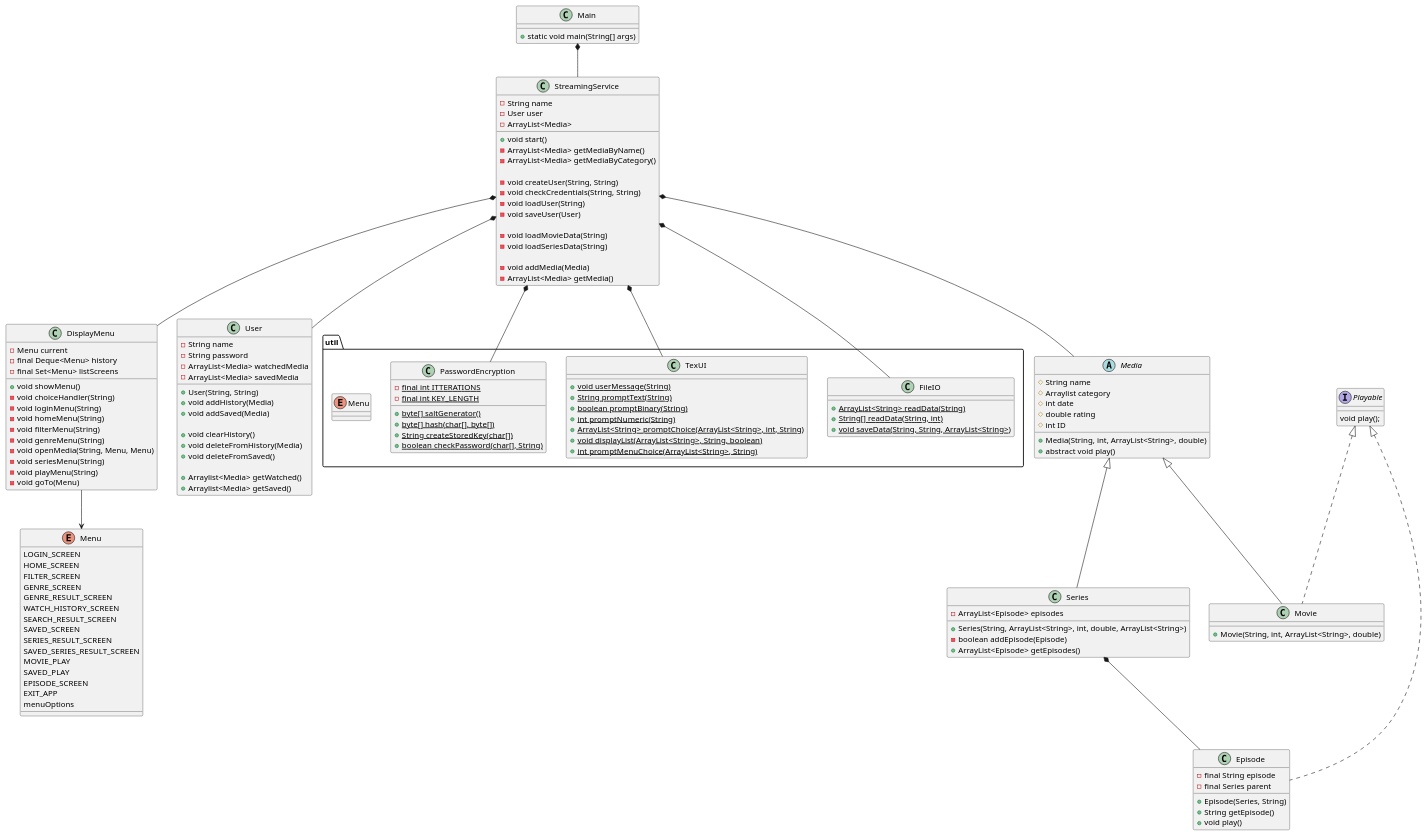
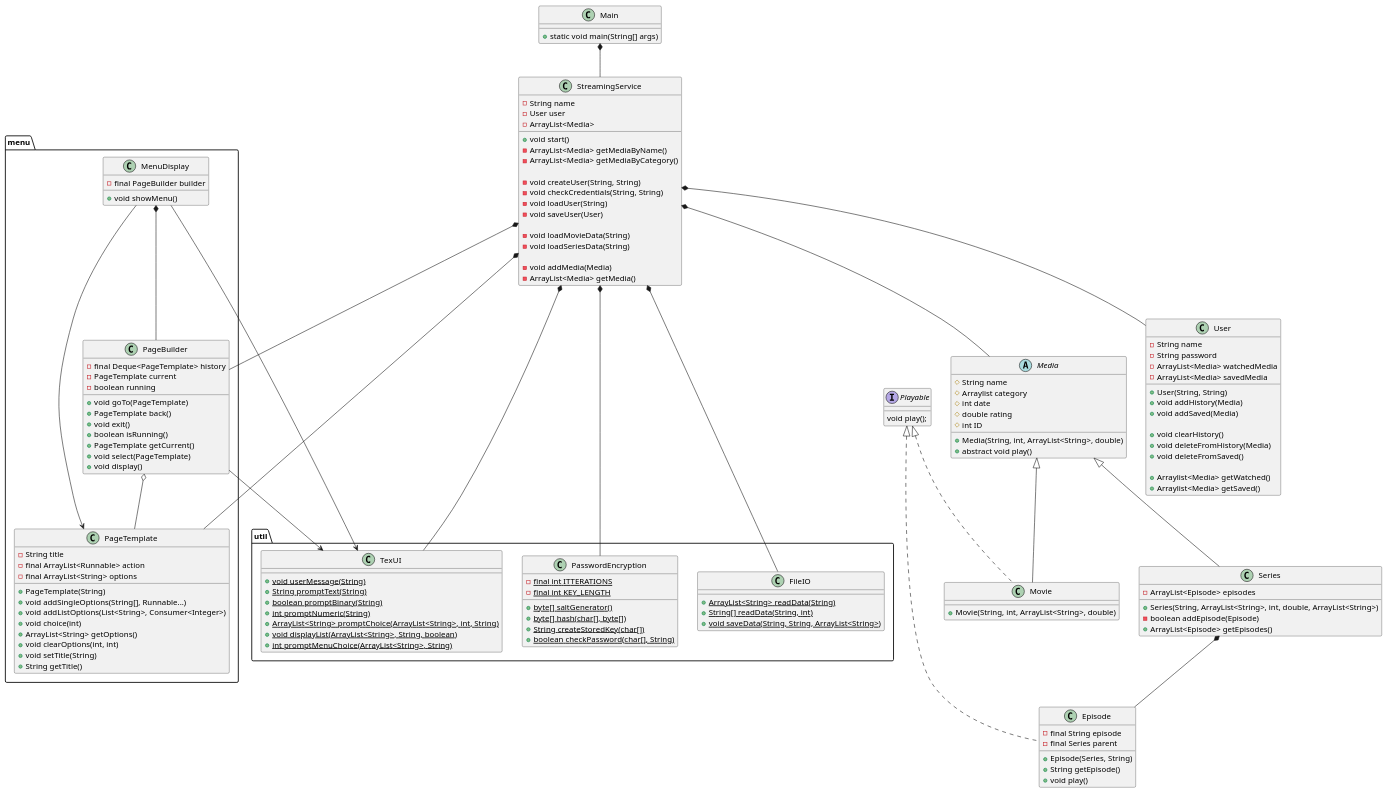
One commit to Studiegruppe-B/SP3-Streamingtjeneste changed the diagram in doc/static/classDiagram.puml. Above: the diagram before and after it, drawn with PlantUML. The commit also changed 1 other file, not shown here.

Commit message:
Klassediagram opdateringen, hele "menu" mappen er tilføjet

```diff
--- a/doc/static/classDiagram.puml
+++ b/doc/static/classDiagram.puml
@@ -1,157 +1,165 @@
 @startuml
 class Main{
 + static void main(String[] args)
 
 }
 
 class StreamingService{
 - String name
 - User user
 - ArrayList<Media>
 + void start()
 - ArrayList<Media> getMediaByName()
 - ArrayList<Media> getMediaByCategory()
 
 - void createUser(String, String)
 - void checkCredentials(String, String)
 - void loadUser(String)
 - void saveUser(User)
 
 - void loadMovieData(String)
 - void loadSeriesData(String)
 
 - void addMedia(Media)
 - ArrayList<Media> getMedia()
 }
 
 
 
 
 abstract class Media{
 # String name
 # Arraylist category
 # int date
 # double rating
 # int ID
 + Media(String, int, ArrayList<String>, double)
 + abstract void play()
 
 }
 interface Playable {
 void play();
 }
-enum Menu{
-LOGIN_SCREEN
-HOME_SCREEN
-FILTER_SCREEN
-GENRE_SCREEN
-GENRE_RESULT_SCREEN
-WATCH_HISTORY_SCREEN
-SEARCH_RESULT_SCREEN
-SAVED_SCREEN
-SERIES_RESULT_SCREEN
-SAVED_SERIES_RESULT_SCREEN
-MOVIE_PLAY
-SAVED_PLAY
-EPISODE_SCREEN
-EXIT_APP
-menuOptions
-}
+
 
 class Episode implements Playable {
 - final String episode
 - final Series parent
 + Episode(Series, String)
 + String getEpisode()
 + void play()
 }
 
 class Movie implements Playable{
 + Movie(String, int, ArrayList<String>, double)
 }
 
 class Series {
 - ArrayList<Episode> episodes
 + Series(String, ArrayList<String>, int, double, ArrayList<String>)
 - boolean addEpisode(Episode)
 + ArrayList<Episode> getEpisodes()
 }
 
-class DisplayMenu{
-- Menu current
-- final Deque<Menu> history
-- final Set<Menu> listScreens
+package "menu"{
+class PageBuilder{
+- final Deque<PageTemplate> history
+- PageTemplate current
+- boolean running
++ void goTo(PageTemplate)
++ PageTemplate back()
++ void exit()
++ boolean isRunning()
++ PageTemplate getCurrent()
++ void select(PageTemplate)
++ void display()
+}
+
+class PageTemplate{
+- String title
+- final ArrayList<Runnable> action
+- final ArrayList<String> options
++ PageTemplate(String)
++ void addSingleOptions(String[], Runnable...)
++ void addListOptions(List<String>, Consumer<Integer>)
++ void choice(int)
++ ArrayList<String> getOptions()
++ void clearOptions(int, int)
++ void setTitle(String)
++ String getTitle()
+}
+
+class MenuDisplay{
+- final PageBuilder builder
 + void showMenu()
-- void choiceHandler(String)
-- void loginMenu(String)
-- void homeMenu(String)
-- void filterMenu(String)
-- void genreMenu(String)
-- void openMedia(String, Menu, Menu)
-- void seriesMenu(String)
-- void playMenu(String)
-- void goTo(Menu)
+}
 }
 
 
 class User{
 - String name
 - String password
 - ArrayList<Media> watchedMedia
 - ArrayList<Media> savedMedia
 + User(String, String)
 + void addHistory(Media)
 + void addSaved(Media)
 
 + void clearHistory()
 + void deleteFromHistory(Media)
 + void deleteFromSaved()
 
 + Arraylist<Media> getWatched()
 + Arraylist<Media> getSaved()
 }
 
 package "util"{
 class FileIO{
 + {static} ArrayList<String> readData(String)
 + {static} String[] readData(String, int)
 + {static} void saveData(String, String, ArrayList<String>)
 }
 
 class TexUI{
 + {static} void userMessage(String)
 + {static} String promptText(String)
 + {static} boolean promptBinary(String)
 + {static} int promptNumeric(String)
 + {static} ArrayList<String> promptChoice(ArrayList<String>, int, String)
 + {static} void displayList(ArrayList<String>, String, boolean)
 + {static} int promptMenuChoice(ArrayList<String>, String)
 
 }
 
 class PasswordEncryption{
 - {static} final int ITTERATIONS
 - {static} final int KEY_LENGTH
 + {static} byte[] saltGenerator()
 + {static} byte[] hash(char[], byte[])
 + {static} String createStoredKey(char[])
 + {static} boolean checkPassword(char[], String)
 }
 
-enum Menu
+
 
 
 }
 
 Main *-- StreamingService
 StreamingService *-- Media
 StreamingService *-- FileIO
 StreamingService *-- TexUI
 StreamingService *-- User
-StreamingService *-- DisplayMenu
+StreamingService *-- PageBuilder
+StreamingService *-- PageTemplate
+PageBuilder o-- PageTemplate
+PageBuilder --> TexUI
 Media <|-- Movie
 Media <|-- Series
 Series *-- Episode
 StreamingService *-- PasswordEncryption
-DisplayMenu --> Menu
+MenuDisplay *-- PageBuilder
+MenuDisplay --> PageTemplate
+MenuDisplay --> TexUI
+
 @enduml
```
